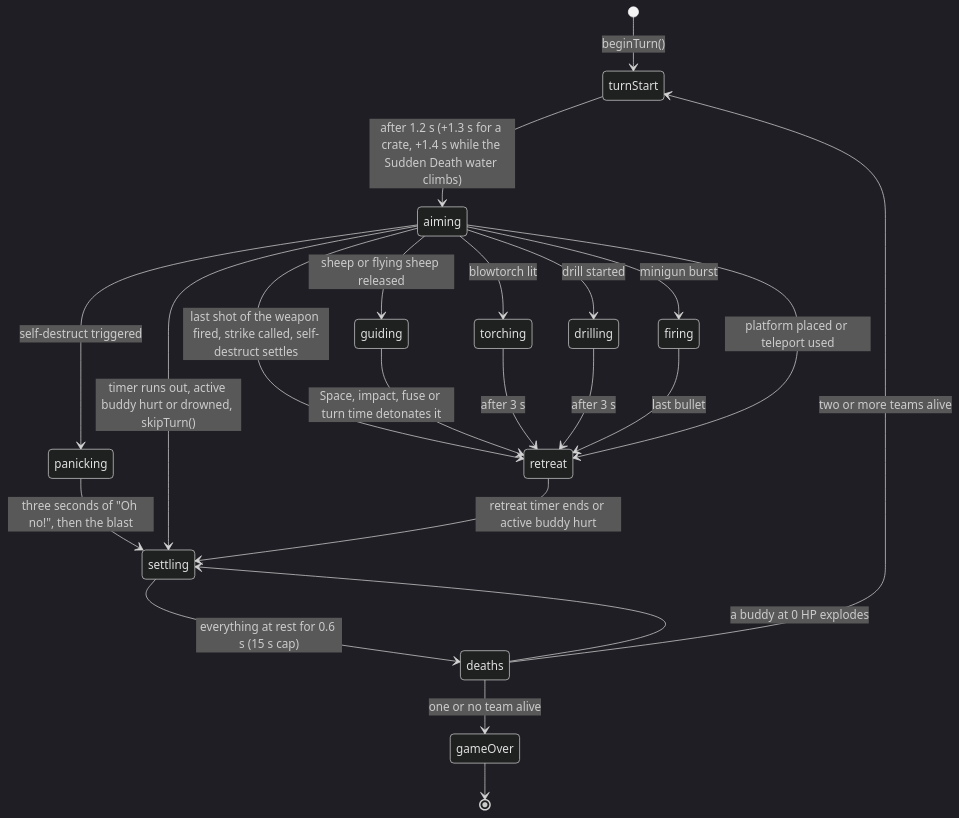
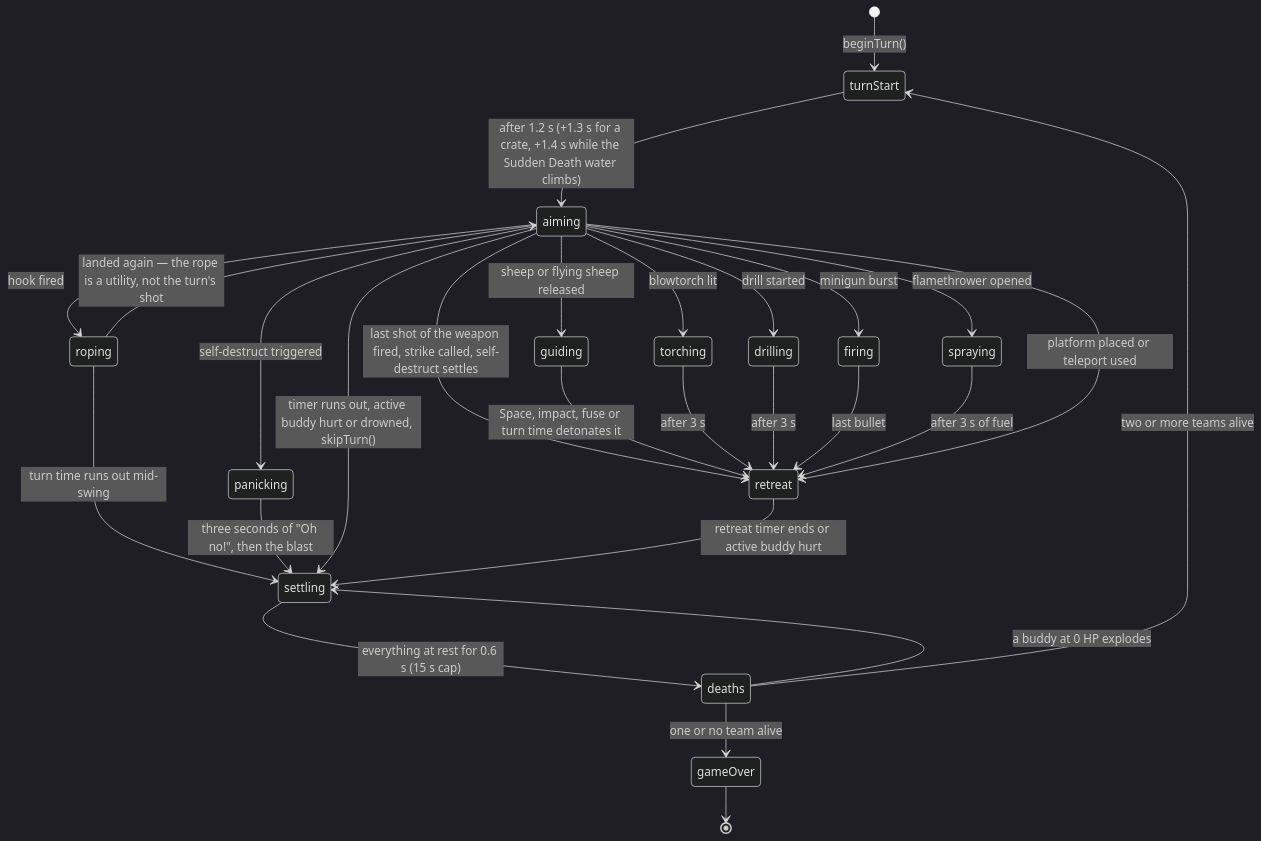
One commit to marcelpetrick/AlliumAssault changed the sixth of 9 diagrams in docs/ARCHITECTURE.md. Above: the diagram before and after it, drawn with Mermaid (dark theme). The commit also changed other lines of this file and 3 other files, not shown here.

First line of the commit message:
docs: bring the C4 architecture back in step with the code

````diff
--- a/docs/ARCHITECTURE.md
+++ b/docs/ARCHITECTURE.md
@@ -198,24 +229,29 @@
 ```mermaid
 stateDiagram-v2
   [*] --> turnStart: beginTurn()
   turnStart --> aiming: after 1.2 s (+1.3 s for a crate, +1.4 s while the Sudden Death water climbs)
   aiming --> retreat: last shot of the weapon fired, strike called, self-destruct settles
   aiming --> guiding: sheep or flying sheep released
   guiding --> retreat: Space, impact, fuse or turn time detonates it
   aiming --> torching: blowtorch lit
   torching --> retreat: after 3 s
   aiming --> drilling: drill started
   drilling --> retreat: after 3 s
   aiming --> firing: minigun burst
   firing --> retreat: last bullet
+  aiming --> spraying: flamethrower opened
+  spraying --> retreat: after 3 s of fuel
+  aiming --> roping: hook fired
+  roping --> aiming: landed again — the rope is a utility, not the turn's shot
+  roping --> settling: turn time runs out mid-swing
   aiming --> panicking: self-destruct triggered
   panicking --> settling: three seconds of "Oh no!", then the blast
   aiming --> retreat: platform placed or teleport used
   aiming --> settling: timer runs out, active buddy hurt or drowned, skipTurn()
   retreat --> settling: retreat timer ends or active buddy hurt
   settling --> deaths: everything at rest for 0.6 s (15 s cap)
   deaths --> settling: a buddy at 0 HP explodes
   deaths --> turnStart: two or more teams alive
   deaths --> gameOver: one or no team alive
   gameOver --> [*]
 ```
````
